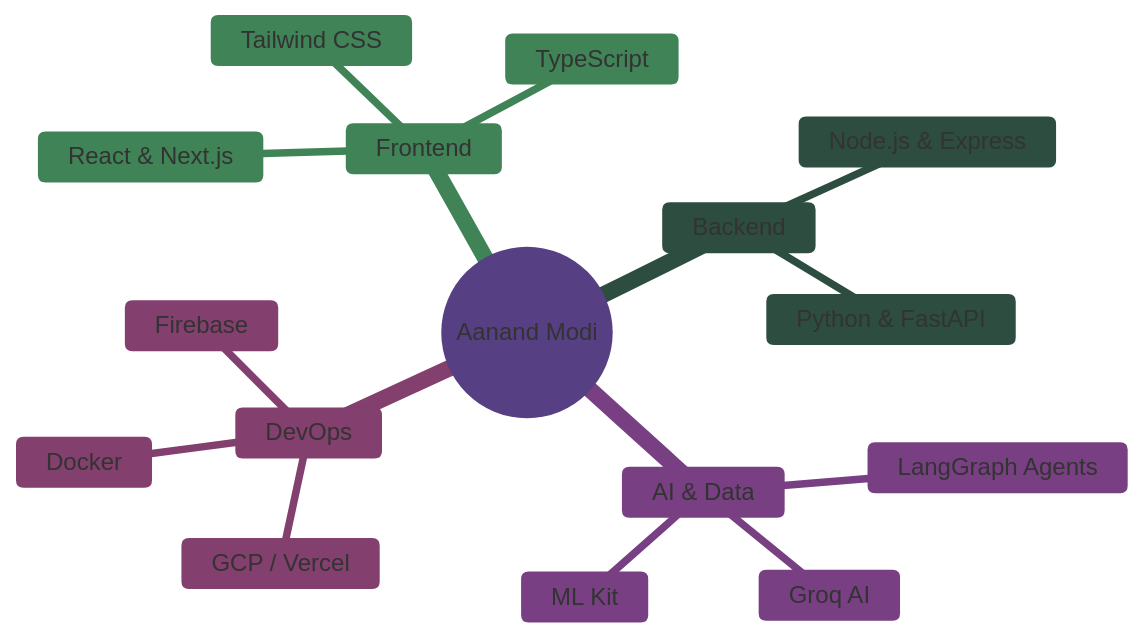
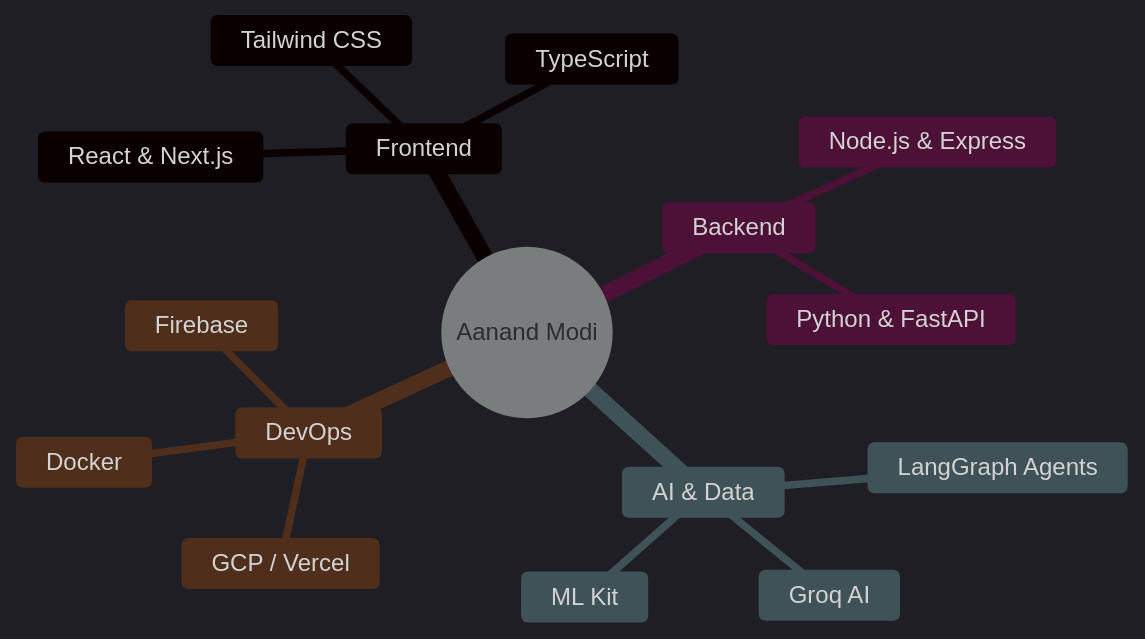
One commit to aanandmodi/aanandmodi changed the diagram in README.md. Above: the diagram before and after it, drawn with Mermaid. The commit also changed other lines of this file, not shown here.

Commit message:
Enhance aesthetic with beautiful waving background header, vibrant top languages, and fix mindmap colors

````diff
--- a/README.md
+++ b/README.md
@@ -65,20 +61,20 @@
 ```mermaid
-%%{init: {'theme':'base', 'themeVariables': { 'primaryColor': '#9680C2', 'edgeLabelBackground':'#1a1b26', 'tertiaryColor': '#5A9E82', 'primaryBorderColor': '#1a1b26', 'fontFamily': 'Fira Code'}}}%%
+%%{init: {'theme':'dark', 'themeVariables': { 'primaryColor': '#9680C2', 'primaryTextColor': '#ffffff', 'primaryBorderColor': '#5A9E82', 'lineColor': '#ffffff', 'tertiaryColor': '#1a1b26'}}}%%
 mindmap
   root((Aanand Modi))
     Frontend
       React & Next.js
       TypeScript
       Tailwind CSS
     Backend
       Node.js & Express
       Python & FastAPI
     AI & Data
       LangGraph Agents
       Groq AI
       ML Kit
     DevOps
       Docker
       Firebase
       GCP / Vercel
 ```
````
